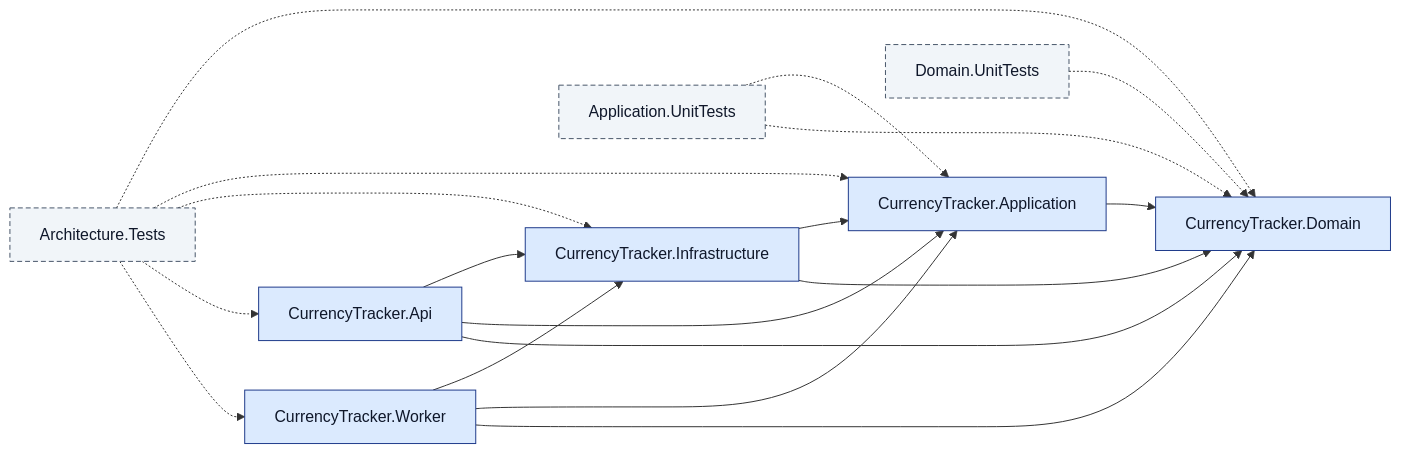
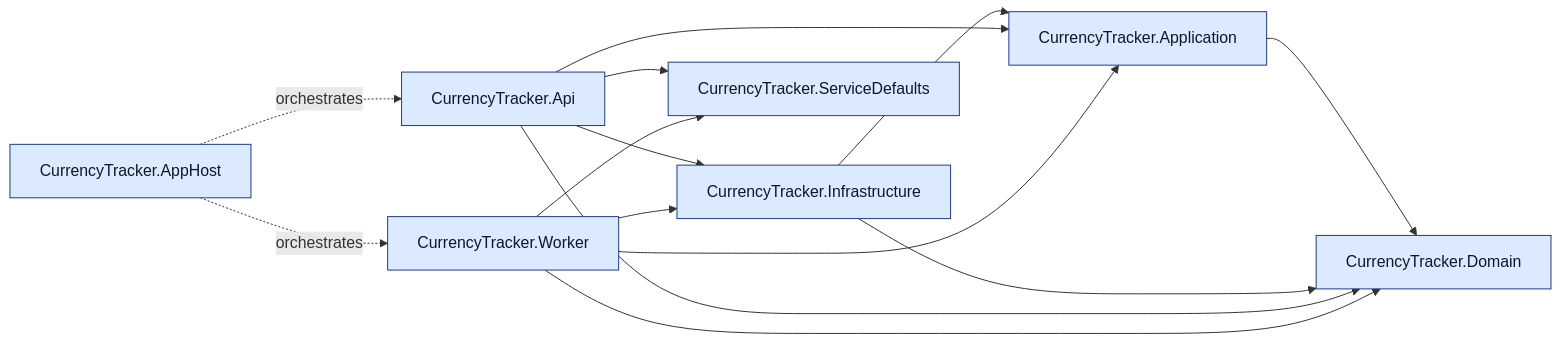
The diagram in README.md (mpcs2013/currency-tracker), drawn with Mermaid before and after one commit. The commit also changed other lines of this file and 1 other file, not shown here.

Commit message:
docs(13.16): pre-Azure README pass — phase 13, arch diagram, run/test/add-currency (#321)
close #320

````diff
--- a/README.md
+++ b/README.md
@@ -80,41 +93,27 @@
 ```mermaid
 flowchart LR
-    %% Production-code layers
     Domain[CurrencyTracker.Domain]
     Application[CurrencyTracker.Application]
     Infrastructure[CurrencyTracker.Infrastructure]
+    ServiceDefaults[CurrencyTracker.ServiceDefaults]
     Api[CurrencyTracker.Api]
     Worker[CurrencyTracker.Worker]
+    AppHost[CurrencyTracker.AppHost]
 
-    %% Test projects
-    DomainTests[Domain.UnitTests]
-    AppTests[Application.UnitTests]
-    ArchTests[Architecture.Tests]
-
-    %% Production-code reference arrows (solid; enforced by architecture tests)
     Application --> Domain
     Infrastructure --> Application
     Infrastructure --> Domain
     Api --> Infrastructure
     Api --> Application
     Api --> Domain
+    Api --> ServiceDefaults
     Worker --> Infrastructure
     Worker --> Application
     Worker --> Domain
+    Worker --> ServiceDefaults
+    AppHost -.orchestrates.-> Api
+    AppHost -.orchestrates.-> Worker
 
-    %% Test ? production arrows (dashed; convention, not enforced)
-    DomainTests -.-> Domain
-    AppTests -.-> Application
-    AppTests -.-> Domain
-    ArchTests -.-> Domain
-    ArchTests -.-> Application
-    ArchTests -.-> Infrastructure
-    ArchTests -.-> Api
-    ArchTests -.-> Worker
-
-    %% Styling: src/ blue, tests/ grey
     classDef src fill:#dbeafe,stroke:#1e3a8a,color:#0f172a
-    classDef tests fill:#f1f5f9,stroke:#475569,color:#0f172a,stroke-dasharray: 5 3
-    class Domain,Application,Infrastructure,Api,Worker src
-    class DomainTests,AppTests,ArchTests tests
+    class Domain,Application,Infrastructure,ServiceDefaults,Api,Worker,AppHost src
 ```
````
